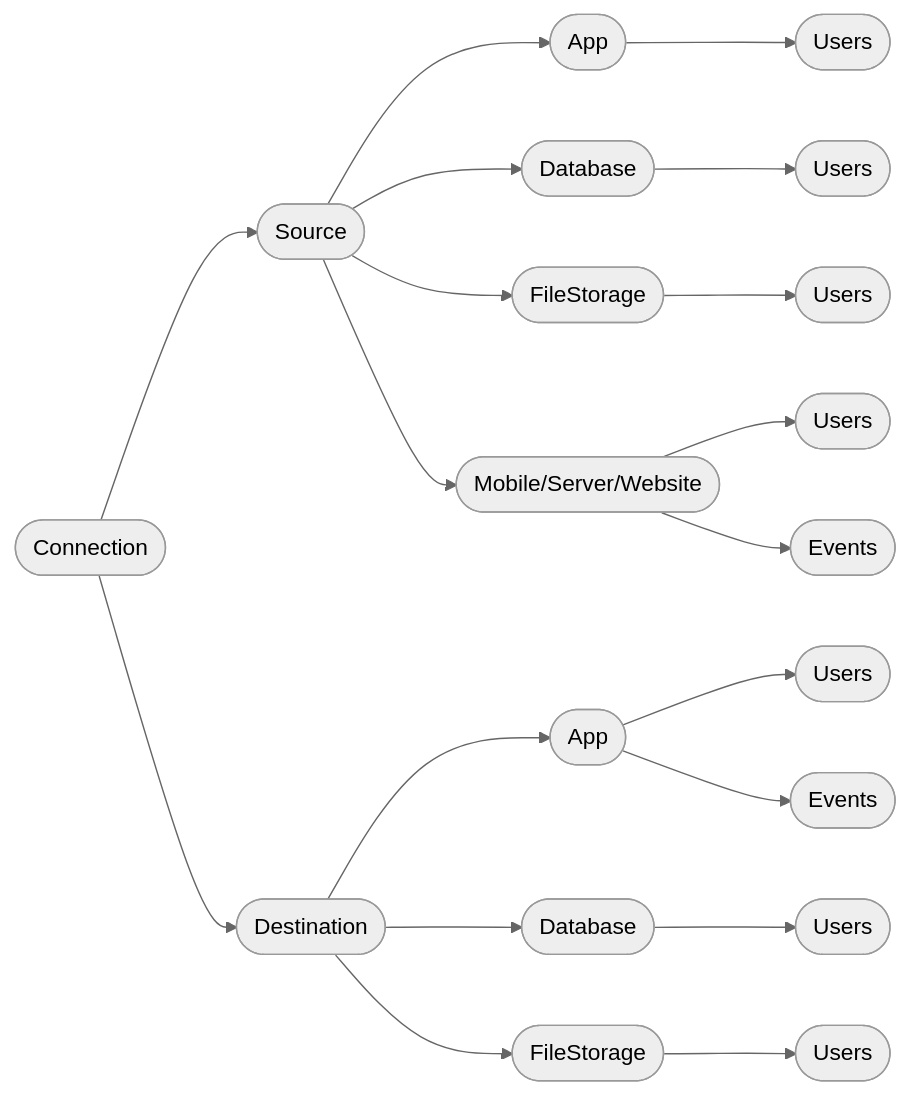
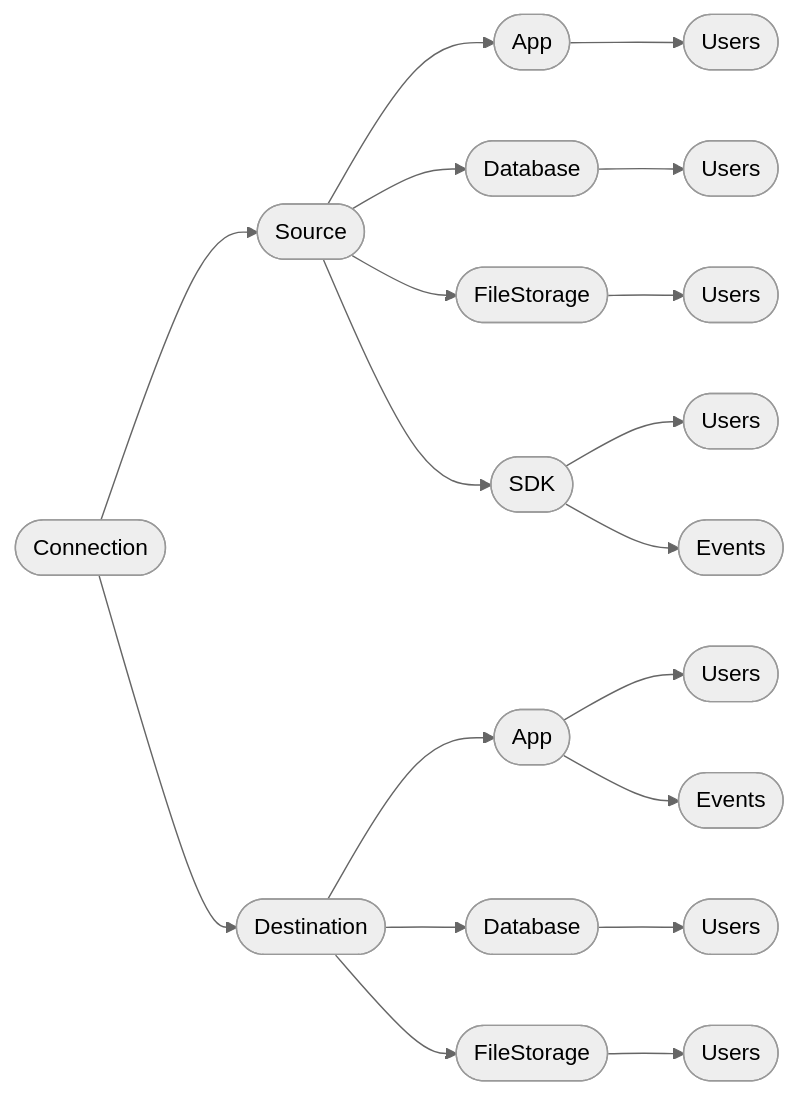
Before and after one commit to krenalis/krenalis: the diagram in core/Actions.md, drawn with Mermaid. The commit also changed 74 other files, not shown here.

First line of the commit message:
all: refactor server, mobile and website connectors and introduce SDK

````diff
--- a/core/Actions.md
+++ b/core/Actions.md
@@ -7,24 +7,24 @@
 ```mermaid
 %%{init: {'theme':'neutral'}}%%
 graph LR
 
 	conn([Connection]) --> source([Source])
 	conn --> dest([Destination])
 	
 	source --> source_app(["App"]) --> source_app_users(["Users"])
 	source --> source_db(["Database"]) --> source_db_users(["Users"])
 	source --> source_fileStorage(["FileStorage"]) --> source_fileStorage_users(["Users"])
-	source --> source_events_based([Mobile/Server/Website])
+	source --> source_events_based([SDK])
 	
 	source_events_based --> source_events_based_users(["Users"])
 	source_events_based --> source_events_based_events(["Events"])
 	
 	dest --> dest_app([App])
 	dest --> dest_db(["Database"]) --> dest_db_users(["Users"])
 	dest --> dest_fileStorage(["FileStorage"]) --> dest_fileStorage_users(["Users"])
 	
 	dest_app --> dest_app_users(["Users"])
 	dest_app --> dest_app_events([Events])
 	
 
 ```
````
